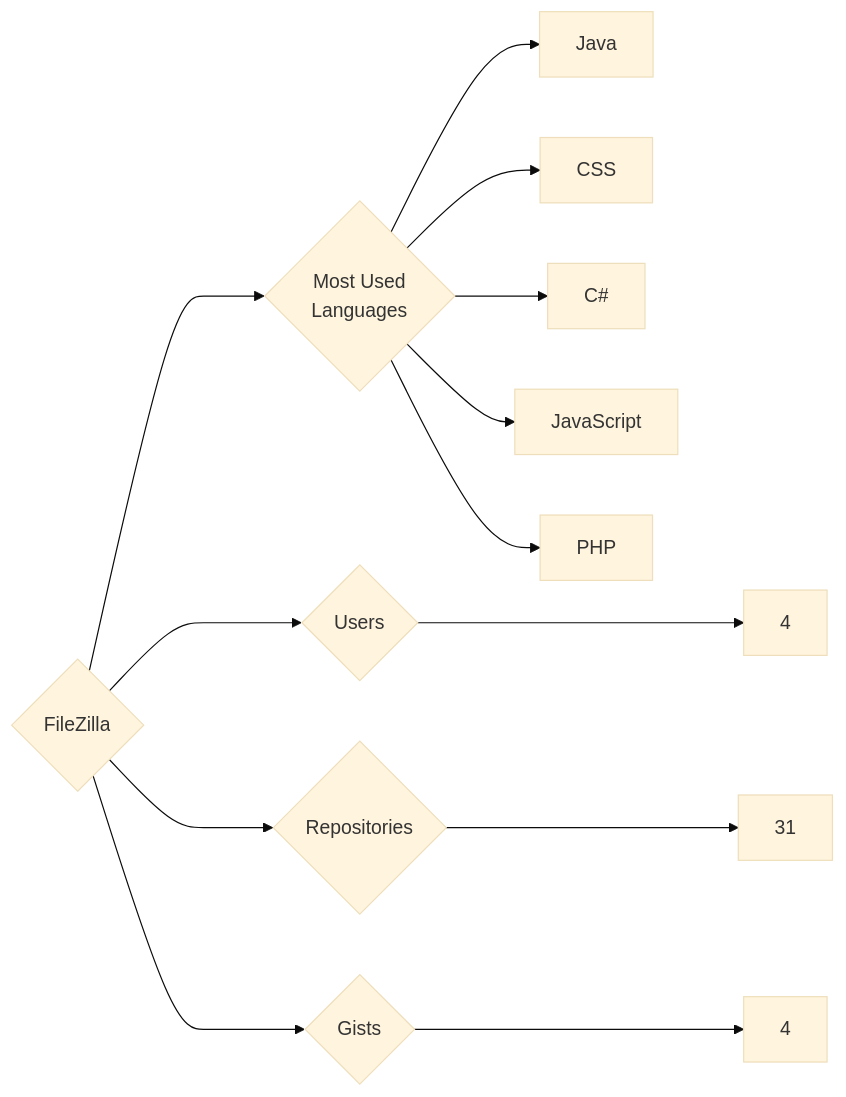
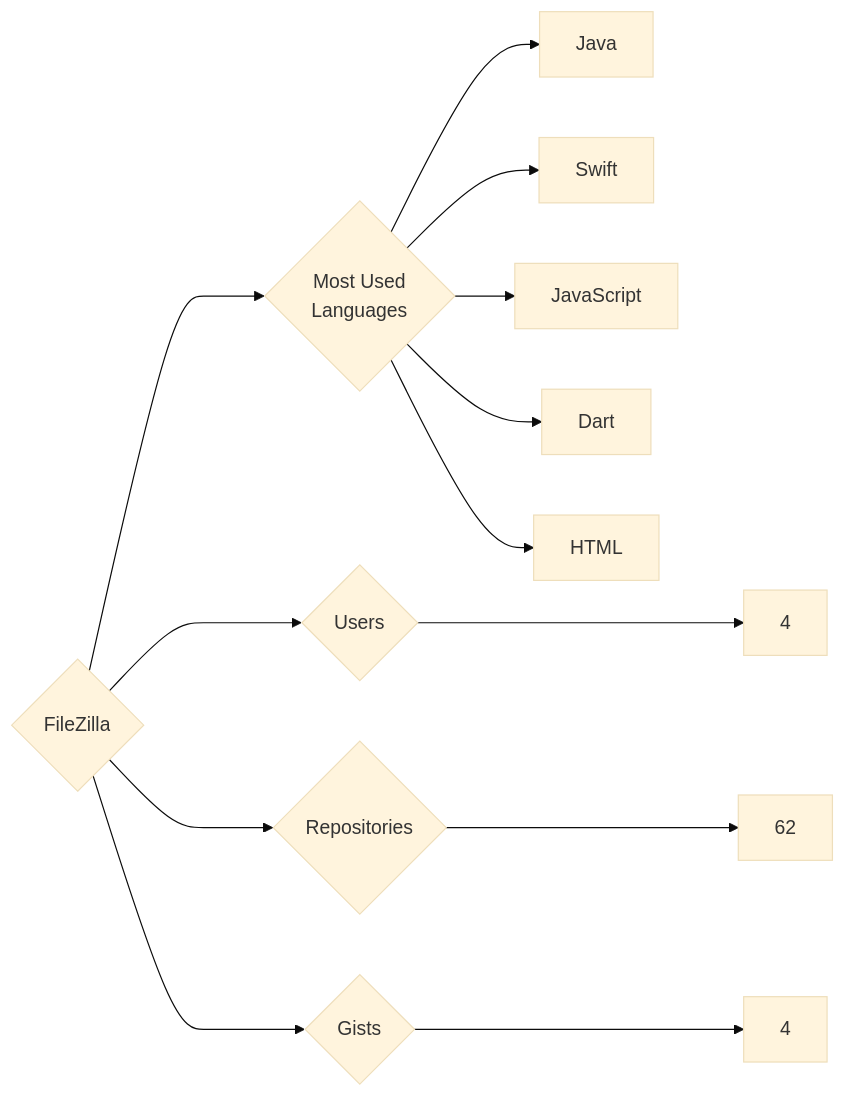
One commit to trickest/insiders changed the diagram in targets/FileZilla/README.md. Above: the diagram before and after it, drawn with Mermaid (base theme). The commit also changed 865 other files, not shown here.

````diff
--- a/targets/FileZilla/README.md
+++ b/targets/FileZilla/README.md
@@ -3,13 +3,13 @@
 ```mermaid
 graph LR
 COMPANY_NAME{FileZilla}
 COMPANY_NAME ---> U{Users} ---> UN[4]
-COMPANY_NAME ---> R{Repositories} ---> RN[31]
+COMPANY_NAME ---> R{Repositories} ---> RN[62]
 COMPANY_NAME ---> G{Gists} ---> GN[4]
 COMPANY_NAME ---> ML{Most Used<br>Languages}
 ML --> Java[Java]
-ML --> CSS[CSS]
-ML --> C#[C#]
+ML --> Swift[Swift]
 ML --> JavaScript[JavaScript]
-ML --> PHP[PHP]
+ML --> Dart[Dart]
+ML --> HTML[HTML]
 ```
````
